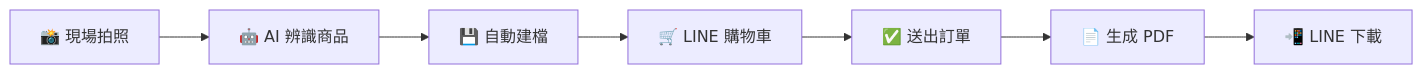
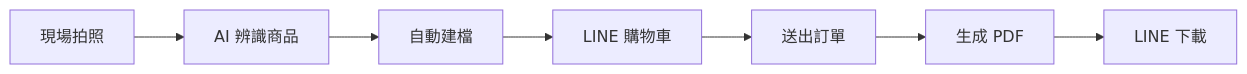
One commit to Backy-JP/LINE_LIFF_Ecommerce_Cart changed the diagram in README.md. Above: the diagram before and after it, drawn with Mermaid. The commit also changed other lines of this file, not shown here.

````diff
--- a/README.md
+++ b/README.md
@@ -68,9 +68,9 @@
 ```mermaid
 graph LR
-    A[📸 現場拍照] --> B[🤖 AI 辨識商品]
-    B --> C[💾 自動建檔]
-    C --> D[🛒 LINE 購物車]
-    D --> E[✅ 送出訂單]
-    E --> F[📄 生成 PDF]
-    F --> G[📲 LINE 下載]
+    A[現場拍照] --> B[AI 辨識商品]
+    B --> C[自動建檔]
+    C --> D[LINE 購物車]
+    D --> E[送出訂單]
+    E --> F[生成 PDF]
+    F --> G[LINE 下載]
 ```
````
